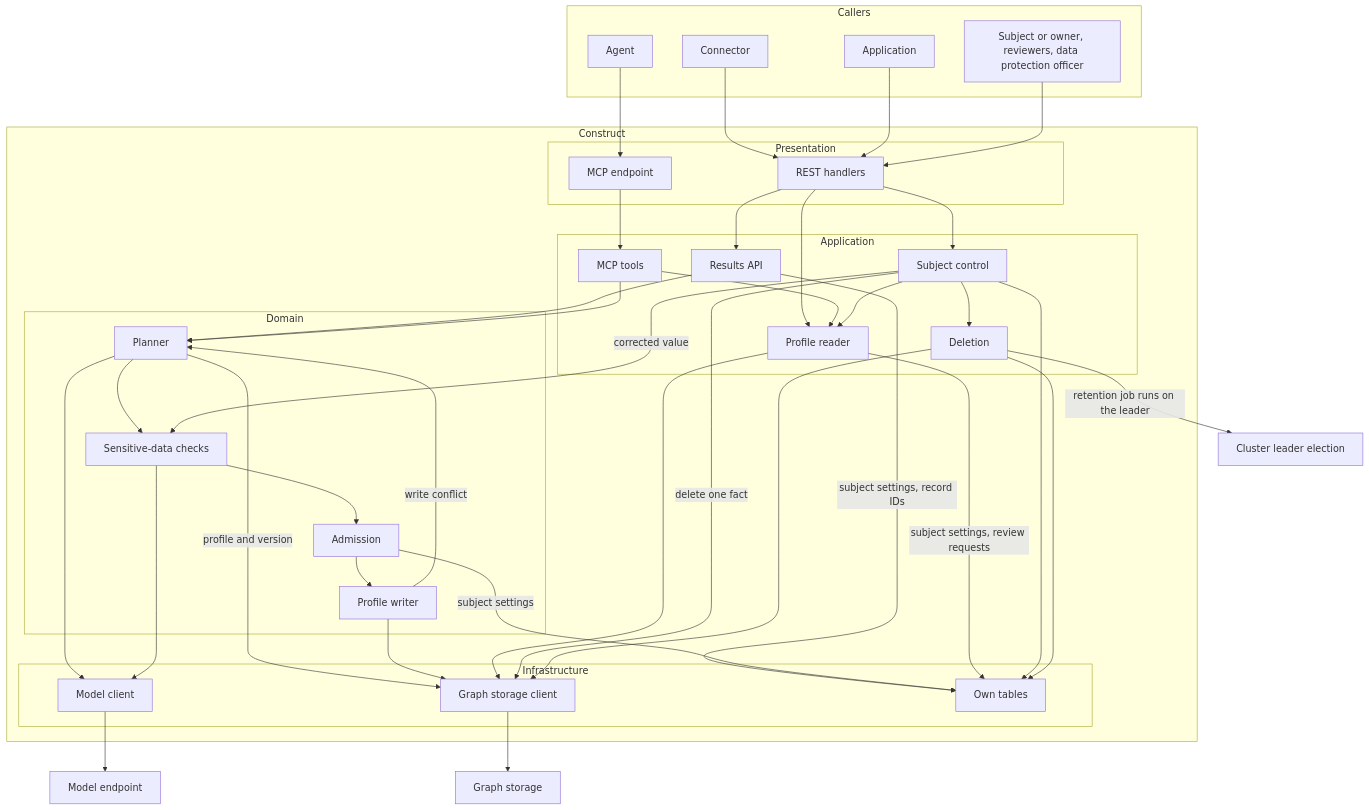
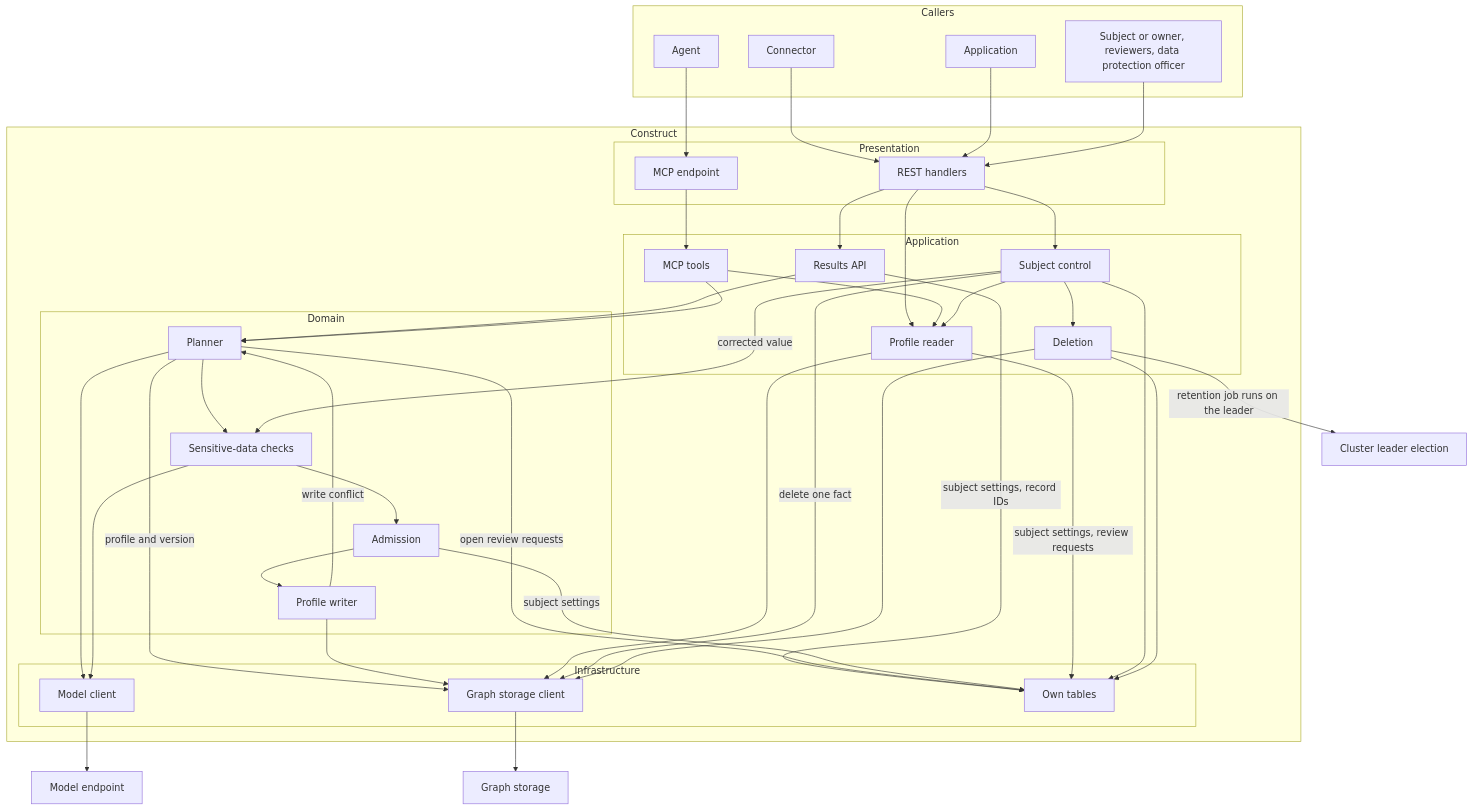
The first of 9 diagrams in gears/construct/docs/DESIGN.md (AndIConstructor/gears-rust), drawn with Mermaid before and after one commit. The commit also changed other lines of this file and 1 other file, not shown here.

````diff
--- a/gears/construct/docs/DESIGN.md
+++ b/gears/construct/docs/DESIGN.md
@@ -86,64 +86,65 @@
 ```mermaid
 flowchart TD
     subgraph Callers
         CN["Connector"]
         APP["Application"]
         AG["Agent"]
         SU["Subject or owner, reviewers, data protection officer"]
     end
     subgraph Construct
         subgraph Presentation
             REST["REST handlers"]
             MCP["MCP endpoint"]
         end
         subgraph Application_layer["Application"]
             RA["Results API"]
             SC["Subject control"]
             MT["MCP tools"]
             DEL["Deletion"]
             PR["Profile reader"]
         end
         subgraph Domain
             PL["Planner"]
             SD["Sensitive-data checks"]
             AD["Admission"]
             PW["Profile writer"]
         end
         subgraph Infrastructure
             MC["Model client"]
             GSC["Graph storage client"]
             DB["Own tables"]
         end
     end
     CN --> REST
     APP --> REST
     SU --> REST
     AG --> MCP
     REST --> RA
     REST --> SC
     REST --> PR
     MCP --> MT
     RA --> PL
     MT --> PL
     MT --> PR
     PL --> SD --> AD --> PW
     PW -->|"write conflict"| PL
     PL --> MC
     SD --> MC
     SC --> PR
     SC --> DEL
     SC -->|"corrected value"| SD
     PL -->|"profile and version"| GSC
     PW --> GSC
     PR --> GSC
     SC -->|"delete one fact"| GSC
     DEL --> GSC
     RA -->|"subject settings, record IDs"| DB
+    PL -->|"open review requests"| DB
     AD -->|"subject settings"| DB
     PR -->|"subject settings, review requests"| DB
     SC --> DB
     DEL --> DB
     DEL -->|"retention job runs on the leader"| CL["Cluster leader election"]
     MC --> EXT["Model endpoint"]
     GSC --> GS["Graph storage"]
 ```
````
